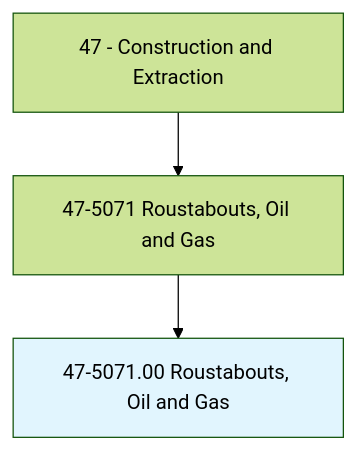
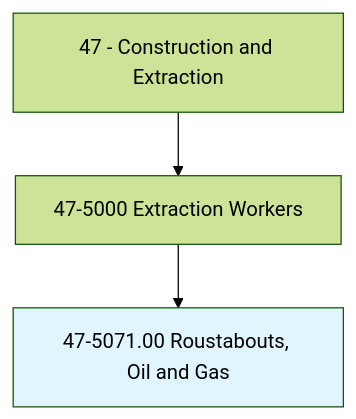
Before and after one commit to kziemski/business.org.ai: the first of 4 diagrams in occupations/Construction/RoustaboutsOilAndGas.mdx, drawn with Mermaid (forest theme). The commit also changed other lines of this file and 938 other files, not shown here.

````diff
--- a/occupations/Construction/RoustaboutsOilAndGas.mdx
+++ b/occupations/Construction/RoustaboutsOilAndGas.mdx
@@ -19,6 +23,6 @@
 ```mermaid
 graph TD
-    Cat47["47 - Construction and Extraction"] --> Group475071["47-5071 Roustabouts, Oil and Gas"]
-    Group475071 --> Current["47-5071.00 Roustabouts, Oil and Gas"]
+    Cat47["47 - Construction and Extraction"] --> Group475["47-5000 Extraction Workers"]
+    Group475 --> Current["47-5071.00 Roustabouts, Oil and Gas"]
     style Current fill:#e1f5fe
 ```
````
